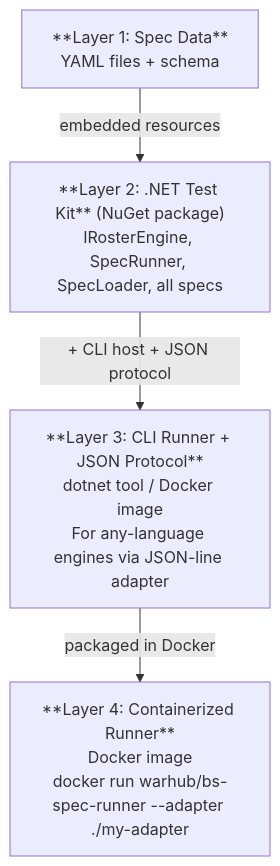
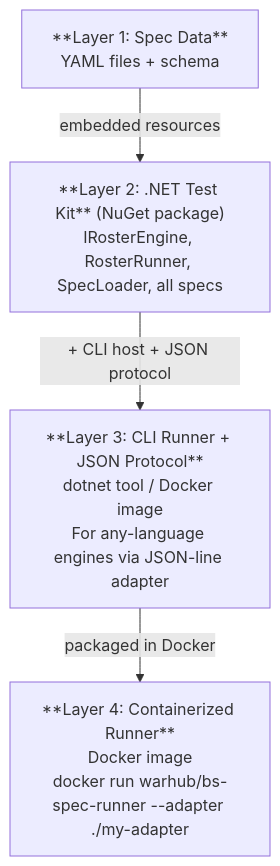
The first of 2 diagrams in docs/adr/001-spec-test-kit-architecture.md (WarHub/battlescribe-spec), drawn with Mermaid before and after one commit. The commit also changed other lines of this file and 14 other files, not shown here.

````diff
--- a/docs/adr/001-spec-test-kit-architecture.md
+++ b/docs/adr/001-spec-test-kit-architecture.md
@@ -50,11 +50,11 @@
 ```mermaid
 graph TD
     L1["**Layer 1: Spec Data**<br/>YAML files + schema"]
-    L2["**Layer 2: .NET Test Kit** (NuGet package)<br/>IRosterEngine, SpecRunner, SpecLoader, all specs"]
+    L2["**Layer 2: .NET Test Kit** (NuGet package)<br/>IRosterEngine, RosterRunner, SpecLoader, all specs"]
     L3["**Layer 3: CLI Runner + JSON Protocol**<br/>dotnet tool / Docker image<br/>For any-language engines via JSON-line adapter"]
     L4["**Layer 4: Containerized Runner**<br/>Docker image<br/>docker run warhub/bs-spec-runner --adapter ./my-adapter"]
 
     L1 -->|"embedded resources"| L2
     L2 -->|"+ CLI host + JSON protocol"| L3
     L3 -->|"packaged in Docker"| L4
 ```
````
